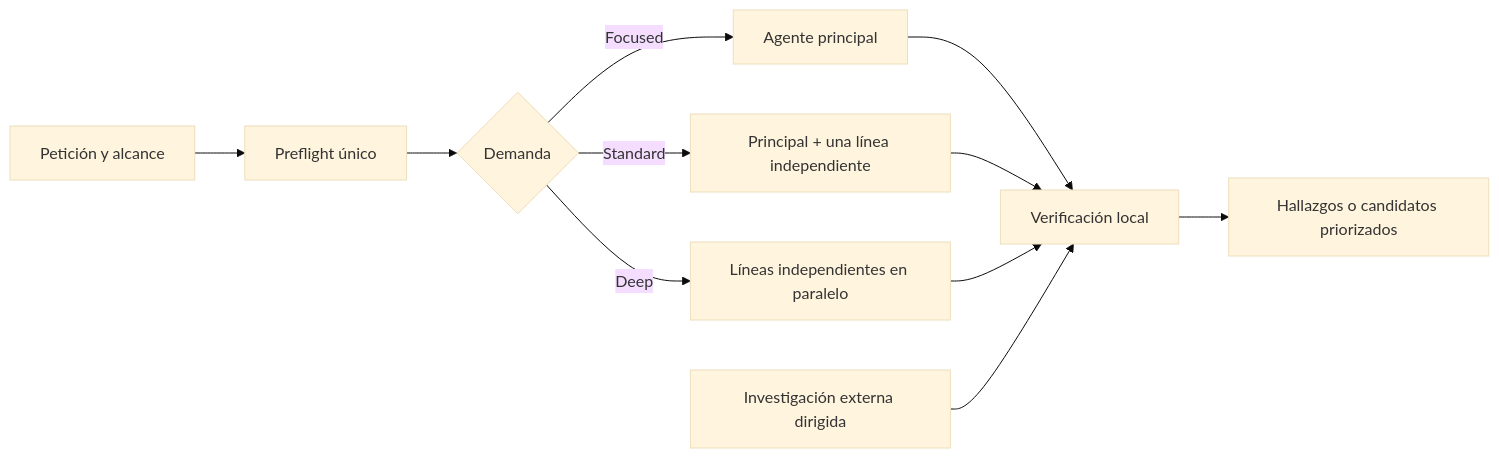
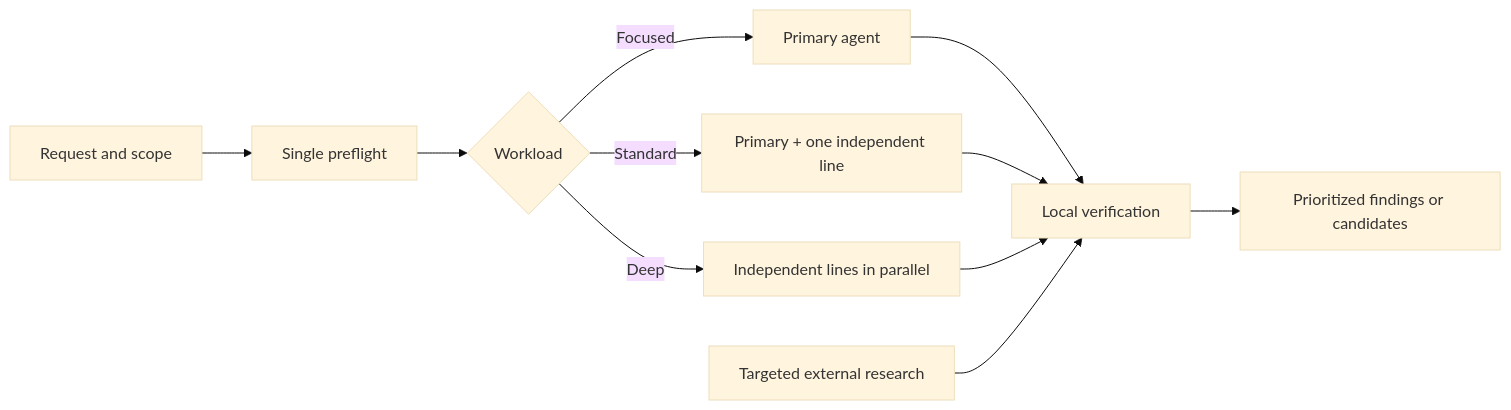
Before and after one commit to IgnacioMonge/z80-skills: the diagram in README.md, drawn with Mermaid (base theme). The commit also changed other lines of this file and 3 other files, not shown here.

````diff
--- a/README.md
+++ b/README.md
@@ -87,13 +86,13 @@
 ```mermaid
 flowchart LR
-    A["Petición y alcance"] --> B["Preflight único"]
-    B --> C{"Demanda"}
-    C -->|Focused| D["Agente principal"]
-    C -->|Standard| E["Principal + una línea independiente"]
-    C -->|Deep| F["Líneas independientes en paralelo"]
-    D --> G["Verificación local"]
+    A["Request and scope"] --> B["Single preflight"]
+    B --> C{"Workload"}
+    C -->|Focused| D["Primary agent"]
+    C -->|Standard| E["Primary + one independent line"]
+    C -->|Deep| F["Independent lines in parallel"]
+    D --> G["Local verification"]
     E --> G
     F --> G
-    R["Investigación externa dirigida"] --> G
-    G --> H["Hallazgos o candidatos priorizados"]
+    R["Targeted external research"] --> G
+    G --> H["Prioritized findings or candidates"]
 ```
````
